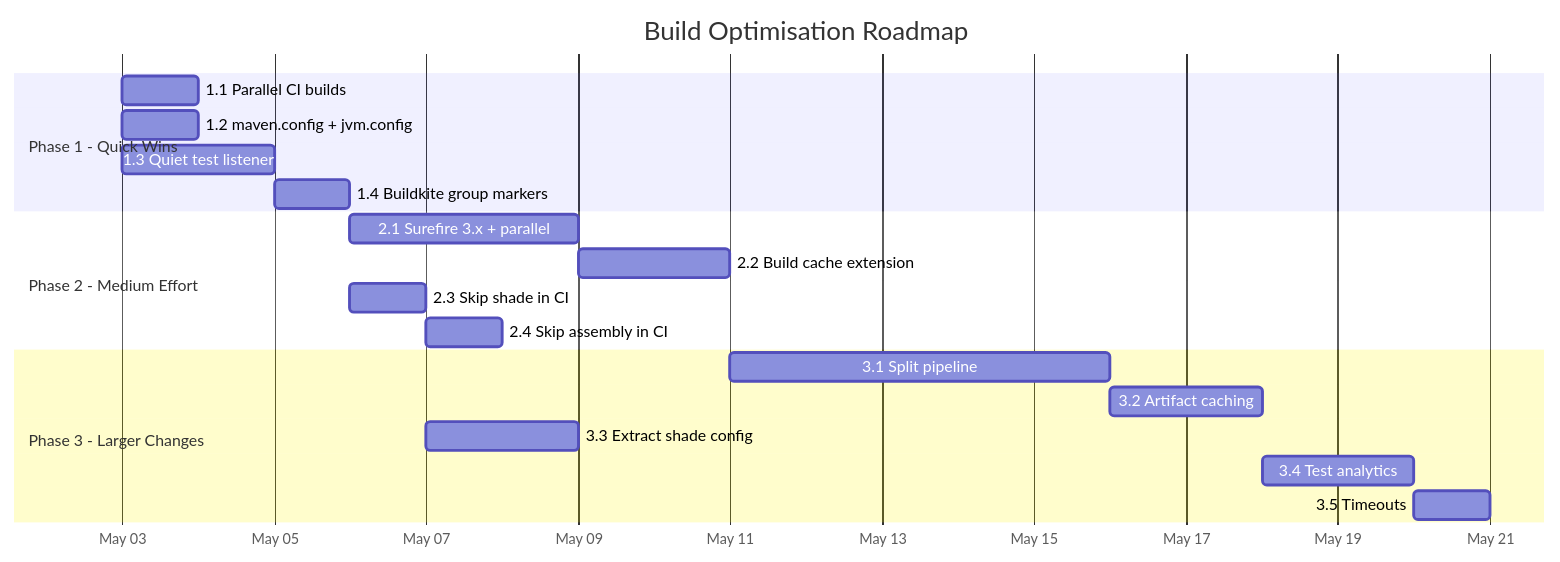
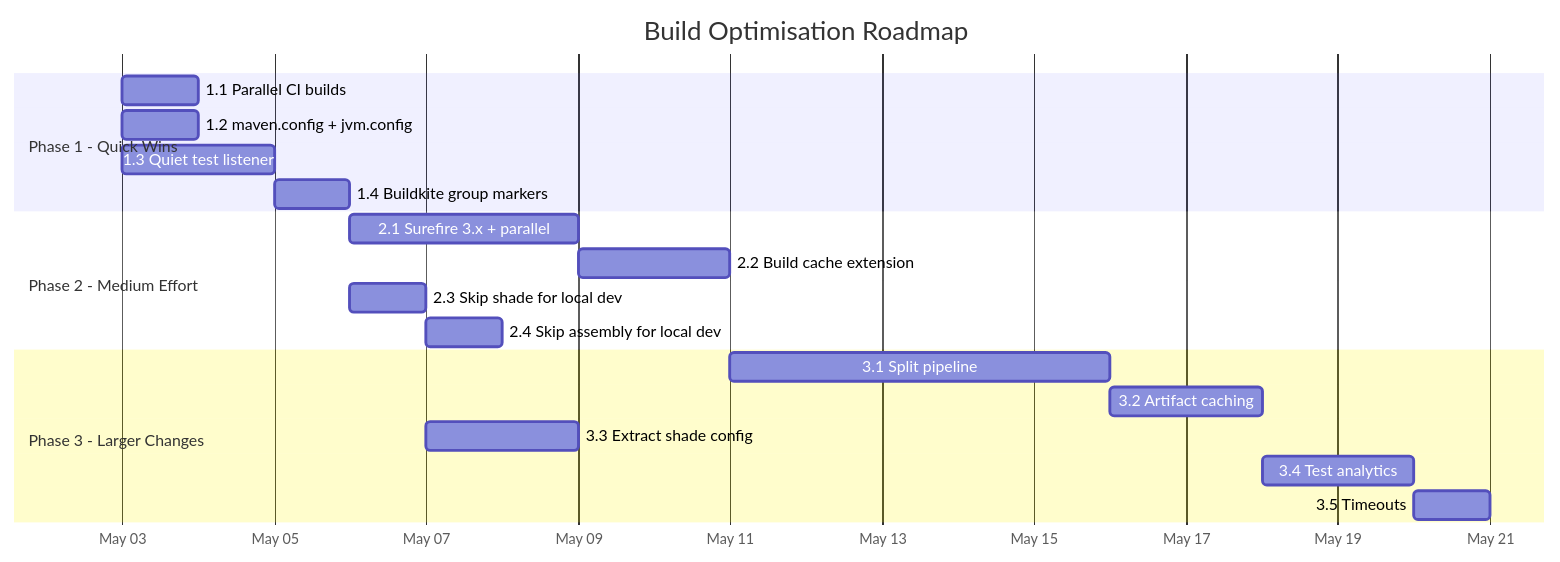
One commit to mock-server/mockserver changed the diagram in docs/plans/build-optimisation.md. Above: the diagram before and after it, drawn with Mermaid. The commit also changed other lines of this file and 31 other files, not shown here.

````diff
--- a/docs/plans/build-optimisation.md
+++ b/docs/plans/build-optimisation.md
@@ -524,25 +524,25 @@
 ```mermaid
 gantt
     title Build Optimisation Roadmap
     dateFormat YYYY-MM-DD
     axisFormat %b %d
 
     section Phase 1 - Quick Wins
     1.1 Parallel CI builds        :p1_1, 2026-05-03, 1d
     1.2 maven.config + jvm.config :p1_2, 2026-05-03, 1d
     1.3 Quiet test listener        :p1_3, 2026-05-03, 2d
     1.4 Buildkite group markers    :p1_4, after p1_3, 1d
 
     section Phase 2 - Medium Effort
     2.1 Surefire 3.x + parallel   :p2_1, after p1_4, 3d
     2.2 Build cache extension      :p2_2, after p2_1, 2d
-    2.3 Skip shade in CI           :p2_3, after p1_4, 1d
-    2.4 Skip assembly in CI        :p2_4, after p2_3, 1d
+    2.3 Skip shade for local dev    :p2_3, after p1_4, 1d
+    2.4 Skip assembly for local dev :p2_4, after p2_3, 1d
 
     section Phase 3 - Larger Changes
     3.1 Split pipeline             :p3_1, after p2_2, 5d
     3.2 Artifact caching           :p3_2, after p3_1, 2d
     3.3 Extract shade config       :p3_3, after p2_3, 2d
     3.4 Test analytics             :p3_4, after p3_2, 2d
     3.5 Timeouts                   :p3_5, after p3_4, 1d
 ```
````
